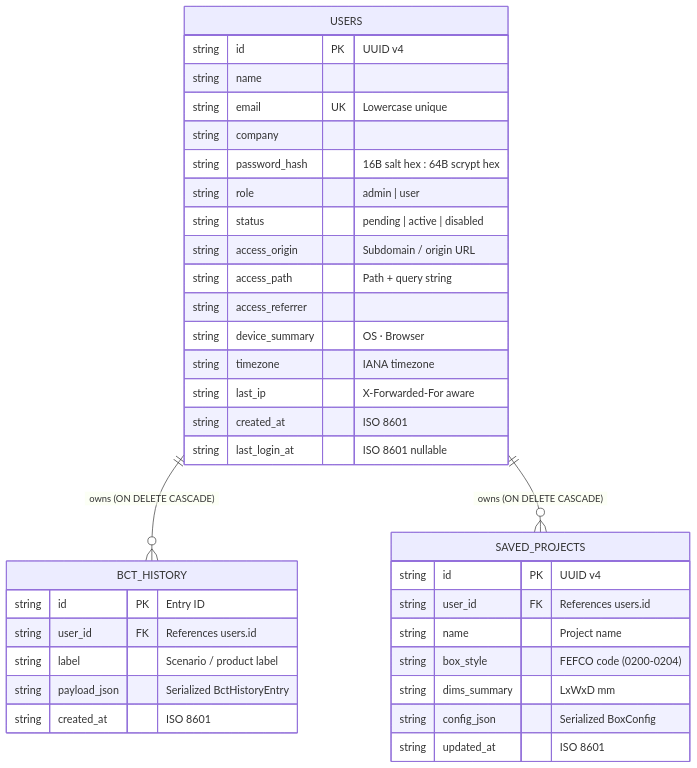
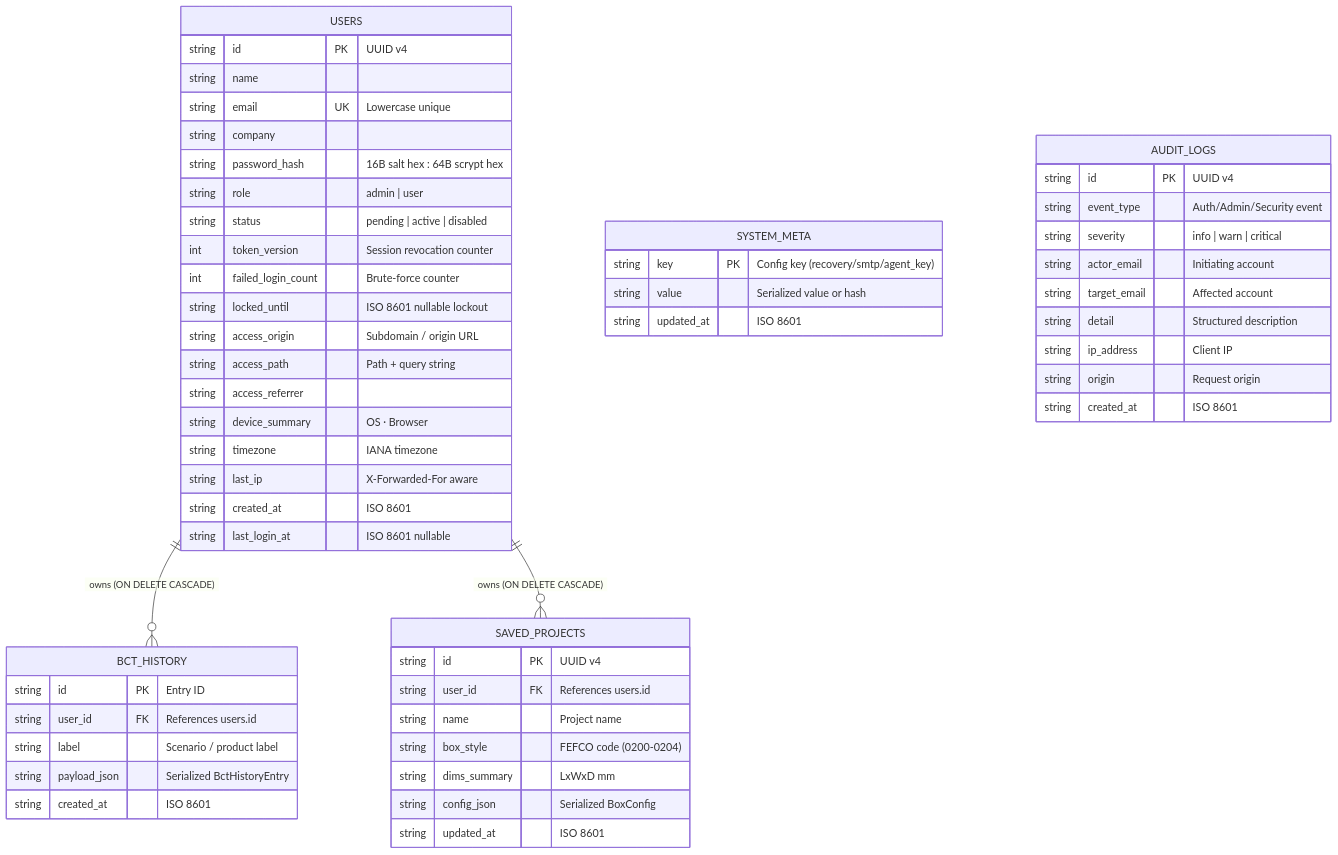
One commit to totaleroom/diecutroom changed the fourth of 4 diagrams in README.md. Above: the diagram before and after it, drawn with Mermaid. The commit also changed other lines of this file and 30 other files, not shown here.

First line of the commit message:
feat: add SMTP config, documentation drift check, and session hardening

````diff
--- a/README.md
+++ b/README.md
@@ -179,41 +179,62 @@
 ```mermaid
 erDiagram
     USERS ||--o{ BCT_HISTORY : "owns (ON DELETE CASCADE)"
     USERS ||--o{ SAVED_PROJECTS : "owns (ON DELETE CASCADE)"
 
     USERS {
         string id PK "UUID v4"
         string name
         string email UK "Lowercase unique"
         string company
         string password_hash "16B salt hex : 64B scrypt hex"
         string role "admin | user"
         string status "pending | active | disabled"
+        int token_version "Session revocation counter"
+        int failed_login_count "Brute-force counter"
+        string locked_until "ISO 8601 nullable lockout"
         string access_origin "Subdomain / origin URL"
         string access_path "Path + query string"
         string access_referrer
         string device_summary "OS · Browser"
         string timezone "IANA timezone"
         string last_ip "X-Forwarded-For aware"
         string created_at "ISO 8601"
         string last_login_at "ISO 8601 nullable"
     }
 
     BCT_HISTORY {
         string id PK "Entry ID"
         string user_id FK "References users.id"
         string label "Scenario / product label"
         string payload_json "Serialized BctHistoryEntry"
         string created_at "ISO 8601"
     }
 
     SAVED_PROJECTS {
         string id PK "UUID v4"
         string user_id FK "References users.id"
         string name "Project name"
         string box_style "FEFCO code (0200-0204)"
         string dims_summary "LxWxD mm"
         string config_json "Serialized BoxConfig"
         string updated_at "ISO 8601"
     }
+
+    SYSTEM_META {
+        string key PK "Config key (recovery/smtp/agent_key)"
+        string value "Serialized value or hash"
+        string updated_at "ISO 8601"
+    }
+
+    AUDIT_LOGS {
+        string id PK "UUID v4"
+        string event_type "Auth/Admin/Security event"
+        string severity "info | warn | critical"
+        string actor_email "Initiating account"
+        string target_email "Affected account"
+        string detail "Structured description"
+        string ip_address "Client IP"
+        string origin "Request origin"
+        string created_at "ISO 8601"
+    }
 ```
````
